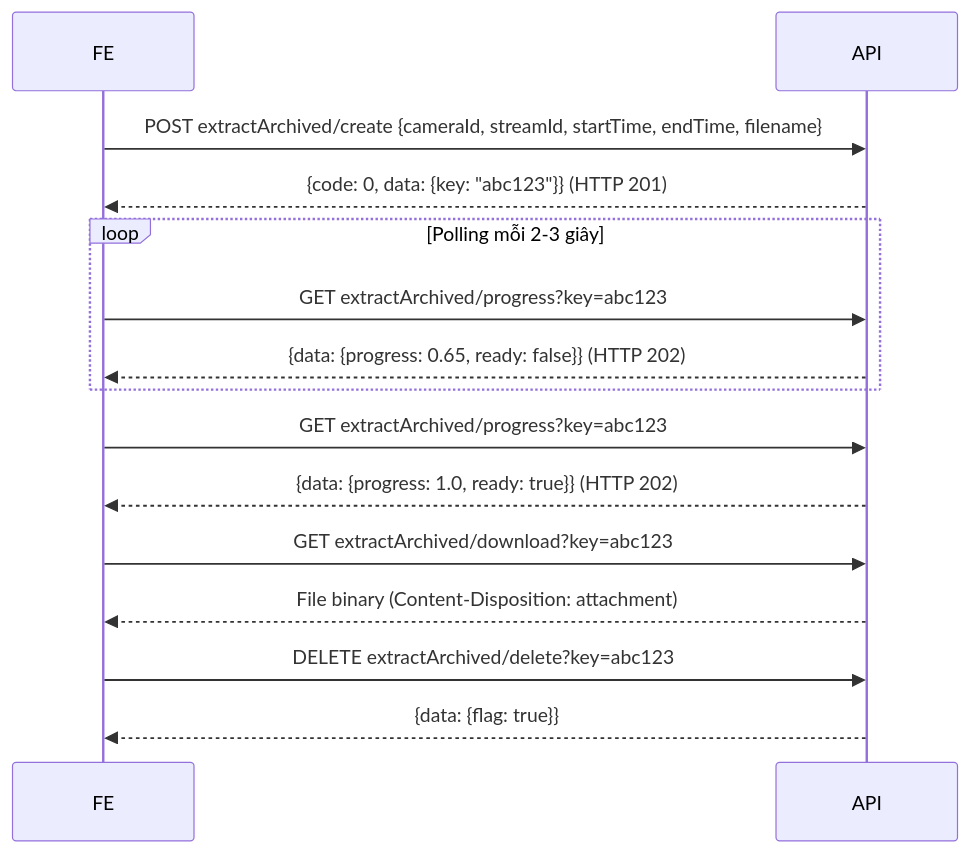
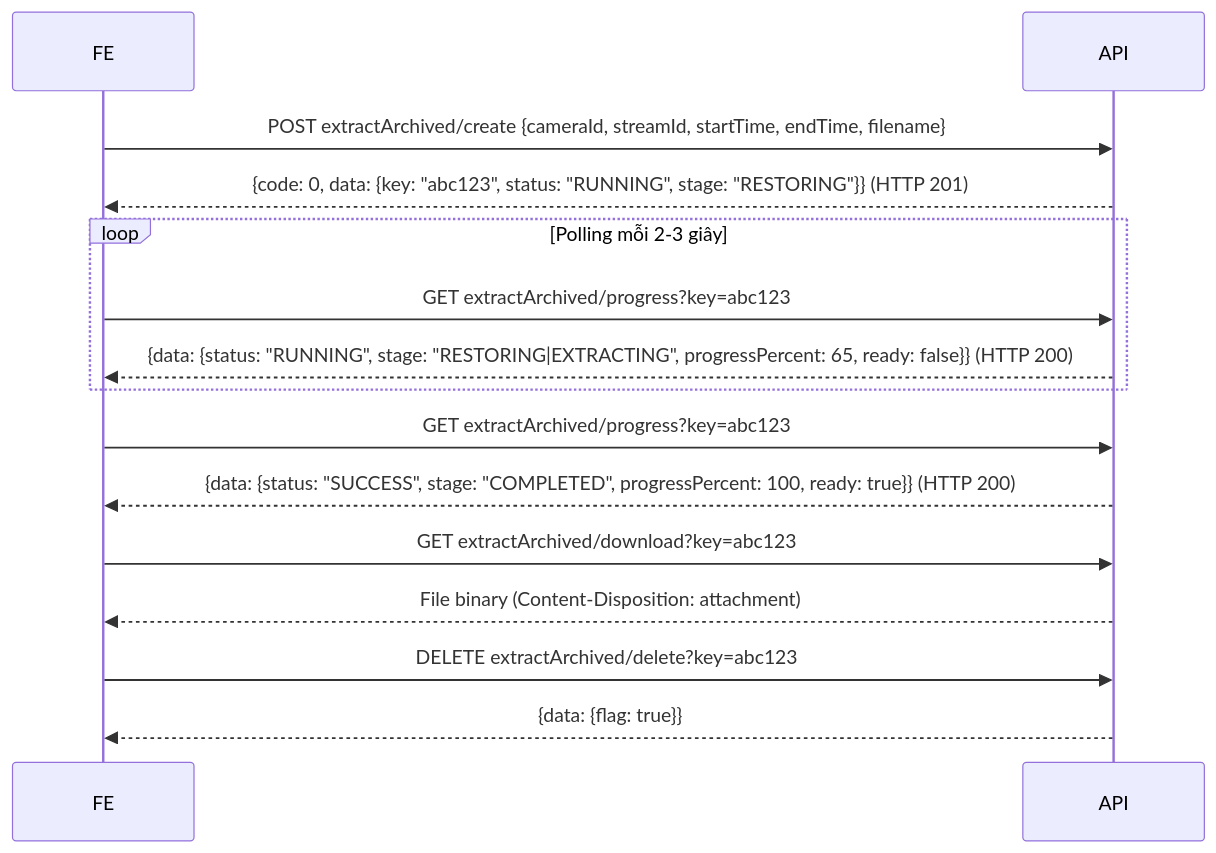
The diagram in docs/api-timeline-thumbnail.md (lightingbro46/S3MediaKit), drawn with Mermaid before and after one commit. The commit also changed other lines of this file and 7 other files, not shown here.

````diff
--- a/docs/api-timeline-thumbnail.md
+++ b/docs/api-timeline-thumbnail.md
@@ -219,22 +230,22 @@
 ```mermaid
 sequenceDiagram
     participant FE
     participant API
 
     FE->>API: POST extractArchived/create {cameraId, streamId, startTime, endTime, filename}
-    API-->>FE: {code: 0, data: {key: "abc123"}} (HTTP 201)
+    API-->>FE: {code: 0, data: {key: "abc123", status: "RUNNING", stage: "RESTORING"}} (HTTP 201)
 
     loop Polling mỗi 2-3 giây
         FE->>API: GET extractArchived/progress?key=abc123
-        API-->>FE: {data: {progress: 0.65, ready: false}} (HTTP 202)
+        API-->>FE: {data: {status: "RUNNING", stage: "RESTORING|EXTRACTING", progressPercent: 65, ready: false}} (HTTP 200)
     end
 
     FE->>API: GET extractArchived/progress?key=abc123
-    API-->>FE: {data: {progress: 1.0, ready: true}} (HTTP 202)
+    API-->>FE: {data: {status: "SUCCESS", stage: "COMPLETED", progressPercent: 100, ready: true}} (HTTP 200)
 
     FE->>API: GET extractArchived/download?key=abc123
     API-->>FE: File binary (Content-Disposition: attachment)
 
     FE->>API: DELETE extractArchived/delete?key=abc123
     API-->>FE: {data: {flag: true}}
 ```
````
